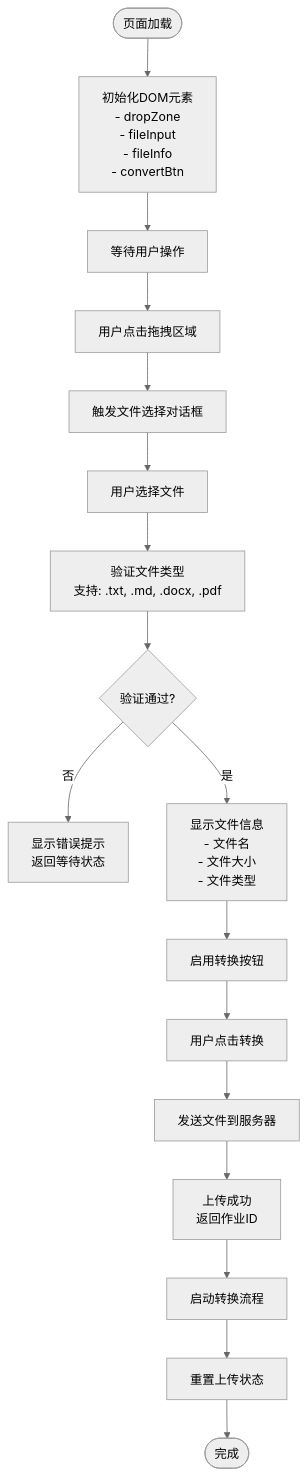
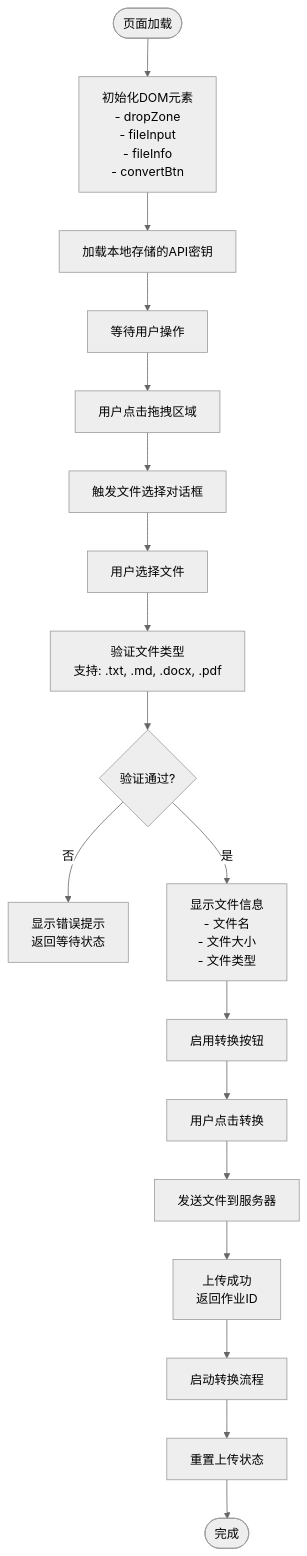
Before and after one commit to tjujingzong/Novel-to-Screenplay: the third of 14 diagrams in .qoder/repowiki/zh/content/前端界面/JavaScript交互逻辑.md, drawn with Mermaid (neutral theme). The commit also changed other lines of this file and 10 other files, not shown here.

````diff
--- a/.qoder/repowiki/zh/content/前端界面/JavaScript交互逻辑.md
+++ b/.qoder/repowiki/zh/content/前端界面/JavaScript交互逻辑.md
@@ -184,19 +195,20 @@
 ```mermaid
 flowchart TD
 Start([页面加载]) --> Init["初始化DOM元素<br/>- dropZone<br/>- fileInput<br/>- fileInfo<br/>- convertBtn"]
-Init --> Ready["等待用户操作"]
+Init --> LoadAPIKey["加载本地存储的API密钥"]
+LoadAPIKey --> Ready["等待用户操作"]
 Ready --> Click["用户点击拖拽区域"]
 Click --> Browse["触发文件选择对话框"]
 Browse --> Select["用户选择文件"]
 Select --> Validate["验证文件类型<br/>支持: .txt, .md, .docx, .pdf"]
 Validate --> Valid{"验证通过?"}
 Valid --> |否| Alert["显示错误提示<br/>返回等待状态"]
 Valid --> |是| Display["显示文件信息<br/>- 文件名<br/>- 文件大小<br/>- 文件类型"]
 Display --> Enable["启用转换按钮"]
 Enable --> Upload["用户点击转换"]
 Upload --> UploadFile["发送文件到服务器"]
 UploadFile --> Success["上传成功<br/>返回作业ID"]
 Success --> StartConvert["启动转换流程"]
 StartConvert --> ResetState["重置上传状态"]
 ResetState --> Complete([完成])
 ```
````
